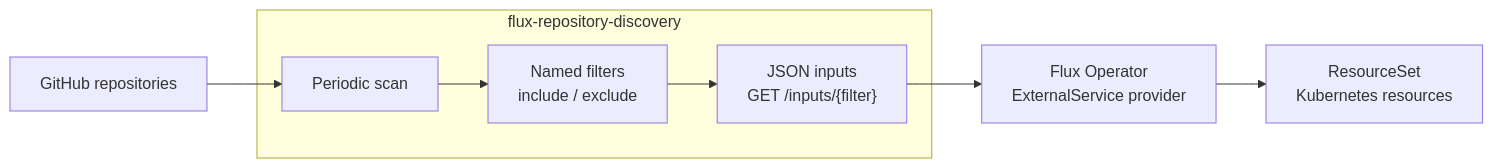
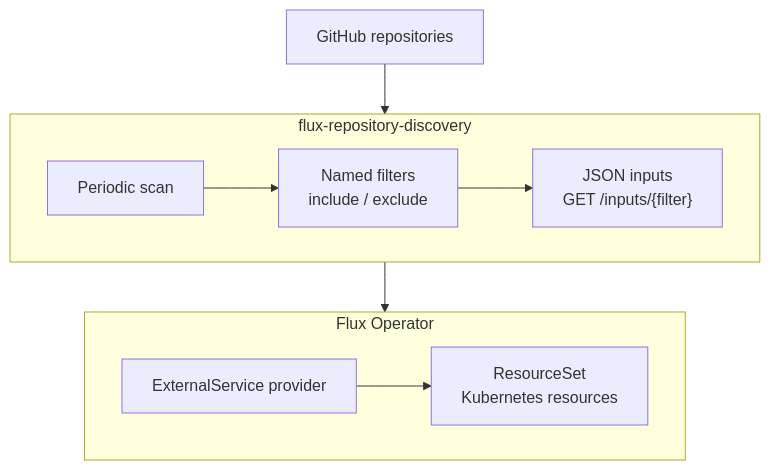
The diagram in README.md (vterdunov/flux-repository-discovery), drawn with Mermaid before and after one commit.

Commit message:
docs: improve diagram readability in GitHub preview

````diff
--- a/README.md
+++ b/README.md
@@ -9,13 +9,17 @@
 ```mermaid
-flowchart LR
+flowchart TB
     github["GitHub repositories"]
 
     subgraph discovery["flux-repository-discovery"]
+        direction LR
         scan["Periodic scan"] --> filters["Named filters<br/>include / exclude"]
         filters --> inputs["JSON inputs<br/>GET /inputs/{filter}"]
     end
 
-    github --> scan
-    inputs --> operator["Flux Operator<br/>ExternalService provider"]
-    operator --> resources["ResourceSet<br/>Kubernetes resources"]
+    subgraph flux["Flux Operator"]
+        direction LR
+        provider["ExternalService provider"] --> resources["ResourceSet<br/>Kubernetes resources"]
+    end
+
+    github --> discovery --> flux
 ```
````
